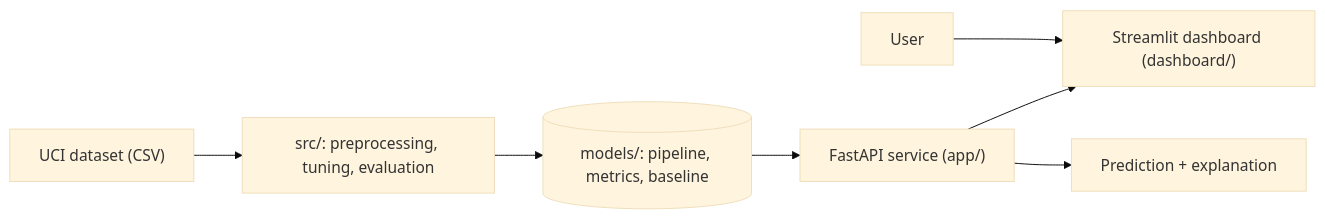
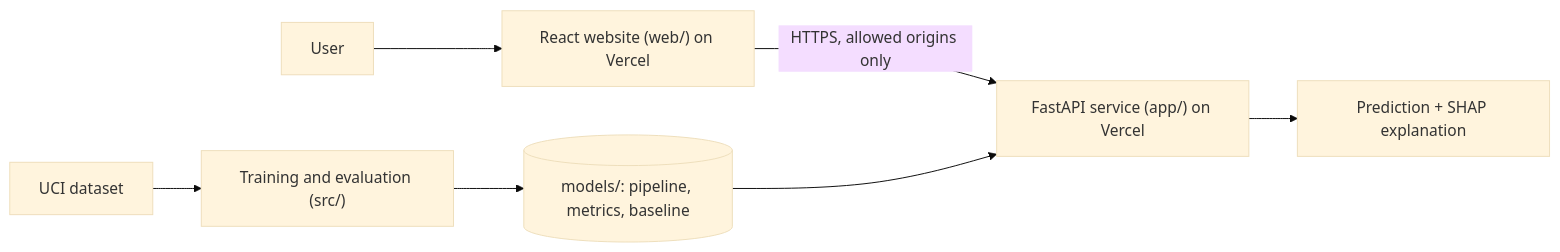
Before and after one commit to Eshu9393/eduguard-ai: the diagram in README.md, drawn with Mermaid (base theme). The commit also changed other lines of this file, not shown here.

Commit message:
README: live demo, React website, deployment, updated architecture

````diff
--- a/README.md
+++ b/README.md
@@ -105,9 +118,9 @@
 ```mermaid
 flowchart LR
-    A["UCI dataset (CSV)"] --> B["src/: preprocessing, tuning, evaluation"]
-    B --> C[("models/: pipeline, metrics, baseline")]
-    C --> D["FastAPI service (app/)"]
-    D --> E["Streamlit dashboard (dashboard/)"]
-    F["User"] --> E
-    D --> G["Prediction + explanation"]
+    D["UCI dataset"] --> T["Training and evaluation (src/)"]
+    T --> M[("models/: pipeline, metrics, baseline")]
+    U["User"] --> W["React website (web/) on Vercel"]
+    W -->|"HTTPS, allowed origins only"| A["FastAPI service (app/) on Vercel"]
+    M --> A
+    A --> R["Prediction + SHAP explanation"]
 ```
````
